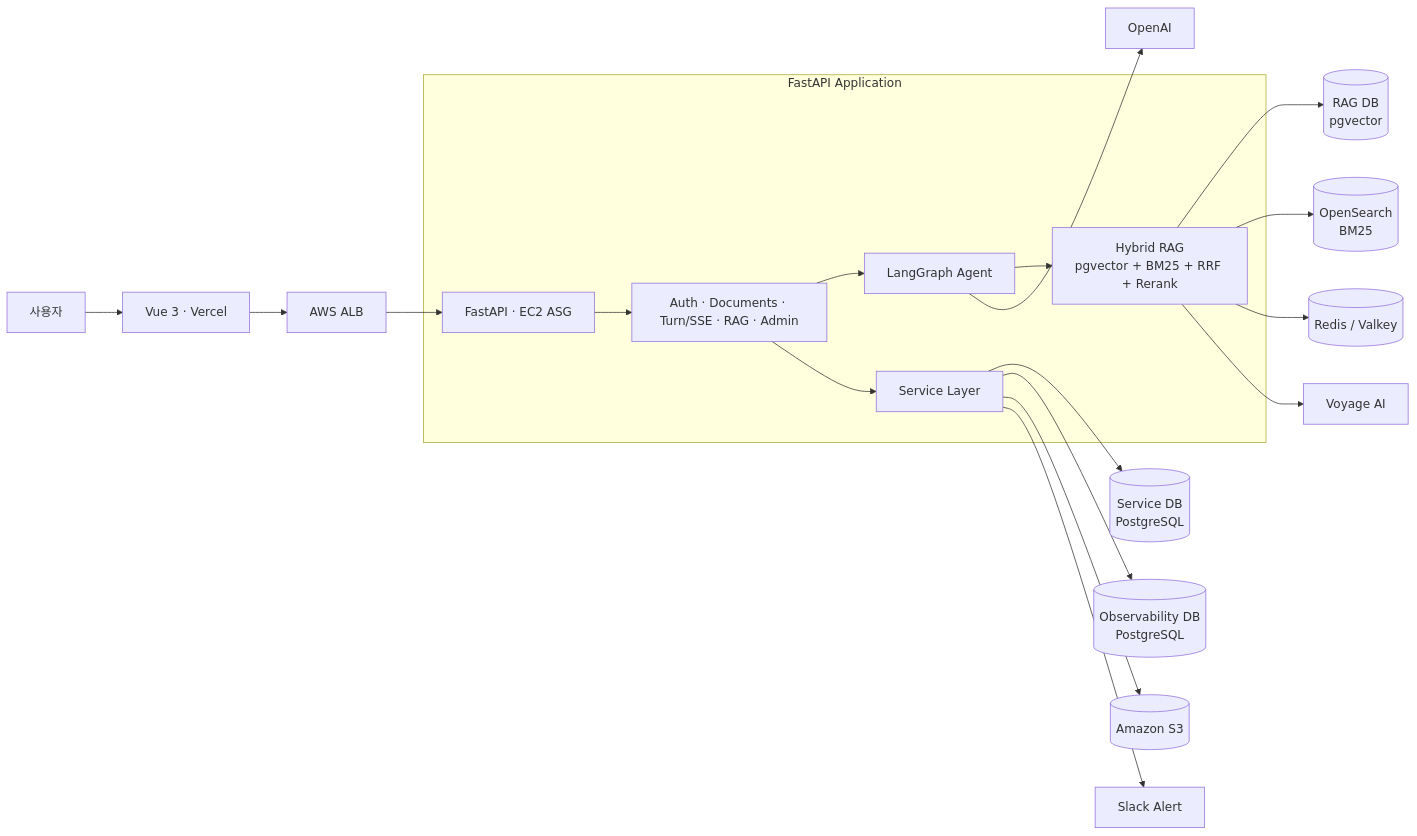
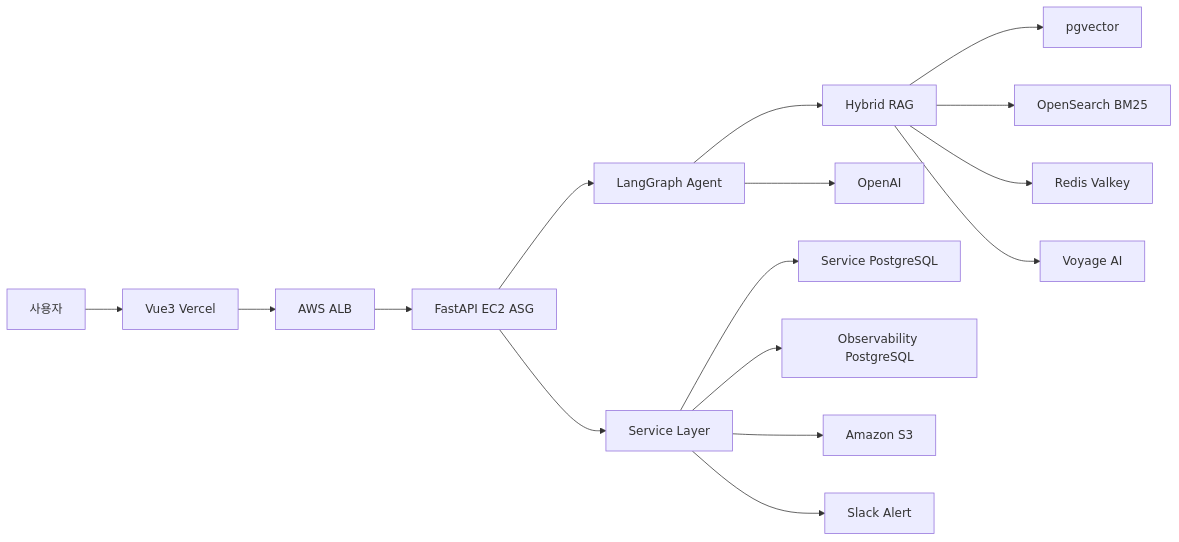
Before and after one commit to Metanet-Final-01/A360-Assistant-Backend: the second of 2 diagrams in README.md, drawn with Mermaid. The commit also changed other lines of this file, not shown here.

Commit message:
docs: README 렌더링과 기술 스택 보완 (RPA-378)
GitHub Mermaid 호환성을 높이기 위해 다이어그램 문법을 단순화하고, 실제 구현을 기준으로 Backend·Agent·RAG·Infra·CI/CD 영역을 구분해 기술 스택을 보강한다.

````diff
--- a/README.md
+++ b/README.md
@@ -80,24 +88,18 @@
 ```mermaid
 flowchart LR
-    U["사용자"] --> FE["Vue 3 · Vercel"]
-    FE --> ALB["AWS ALB"]
-    ALB --> API["FastAPI · EC2 ASG"]
-
-    subgraph APP["FastAPI Application"]
-        API --> ROUTES["Auth · Documents · Turn/SSE · RAG · Admin"]
-        ROUTES --> AGENT["LangGraph Agent"]
-        ROUTES --> SERVICE["Service Layer"]
-        AGENT --> SEARCH["Hybrid RAG<br/>pgvector + BM25 + RRF + Rerank"]
-    end
-
-    SERVICE --> SDB[("Service DB<br/>PostgreSQL")]
-    SERVICE --> ODB[("Observability DB<br/>PostgreSQL")]
-    SEARCH --> RDB[("RAG DB<br/>pgvector")]
-    SEARCH --> OS[("OpenSearch<br/>BM25")]
-    SEARCH --> CACHE[("Redis / Valkey")]
-    SERVICE --> S3[("Amazon S3")]
-
-    AGENT --> OPENAI["OpenAI"]
-    SEARCH --> VOYAGE["Voyage AI"]
-    SERVICE --> SLACK["Slack Alert"]
+    U[사용자] --> FE[Vue3 Vercel]
+    FE --> ALB[AWS ALB]
+    ALB --> API[FastAPI EC2 ASG]
+    API --> AGENT[LangGraph Agent]
+    API --> SERVICE[Service Layer]
+    AGENT --> SEARCH[Hybrid RAG]
+    SERVICE --> SDB[Service PostgreSQL]
+    SERVICE --> ODB[Observability PostgreSQL]
+    SERVICE --> S3[Amazon S3]
+    SEARCH --> RDB[pgvector]
+    SEARCH --> OS[OpenSearch BM25]
+    SEARCH --> CACHE[Redis Valkey]
+    AGENT --> OPENAI[OpenAI]
+    SEARCH --> VOYAGE[Voyage AI]
+    SERVICE --> SLACK[Slack Alert]
 ```
````
